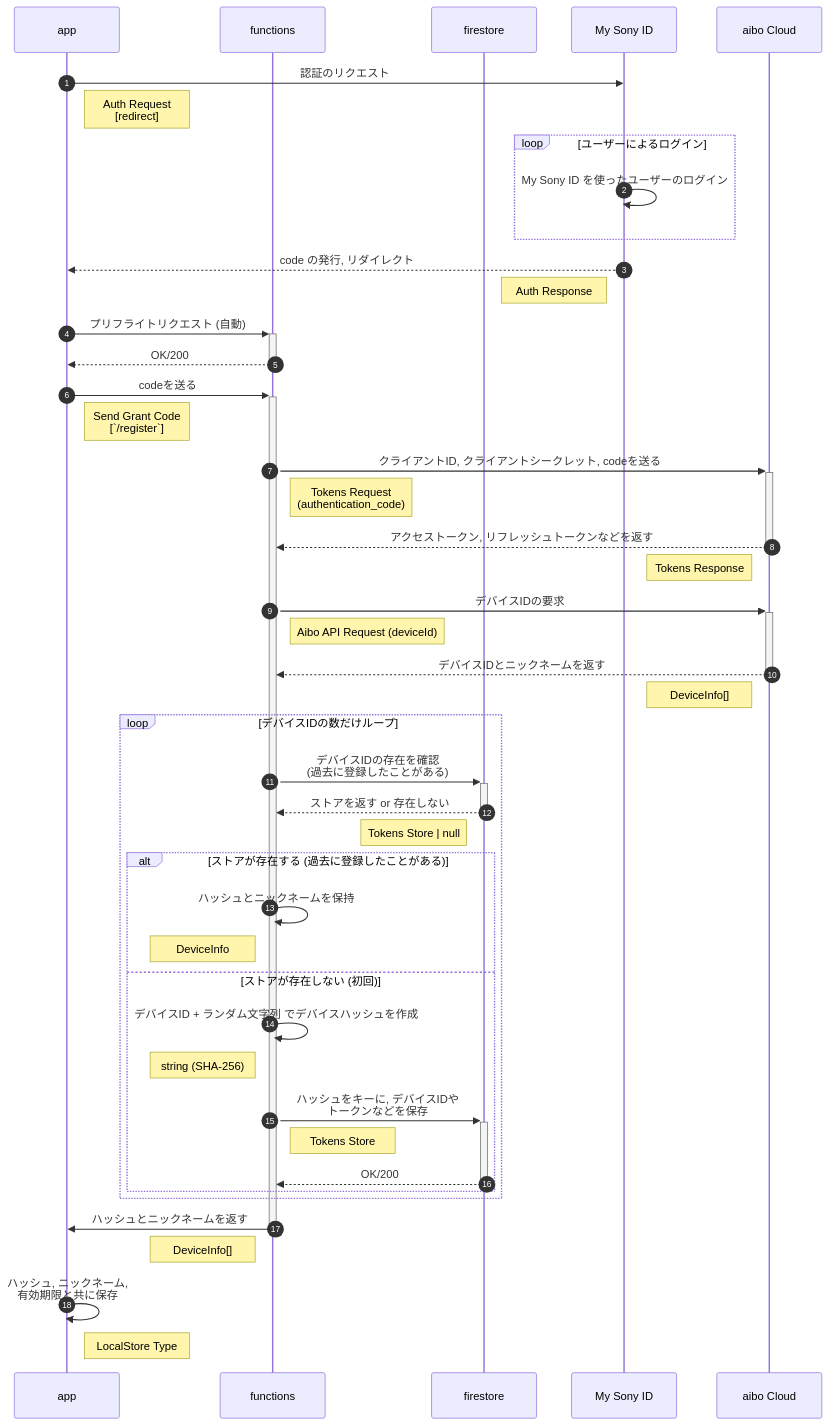
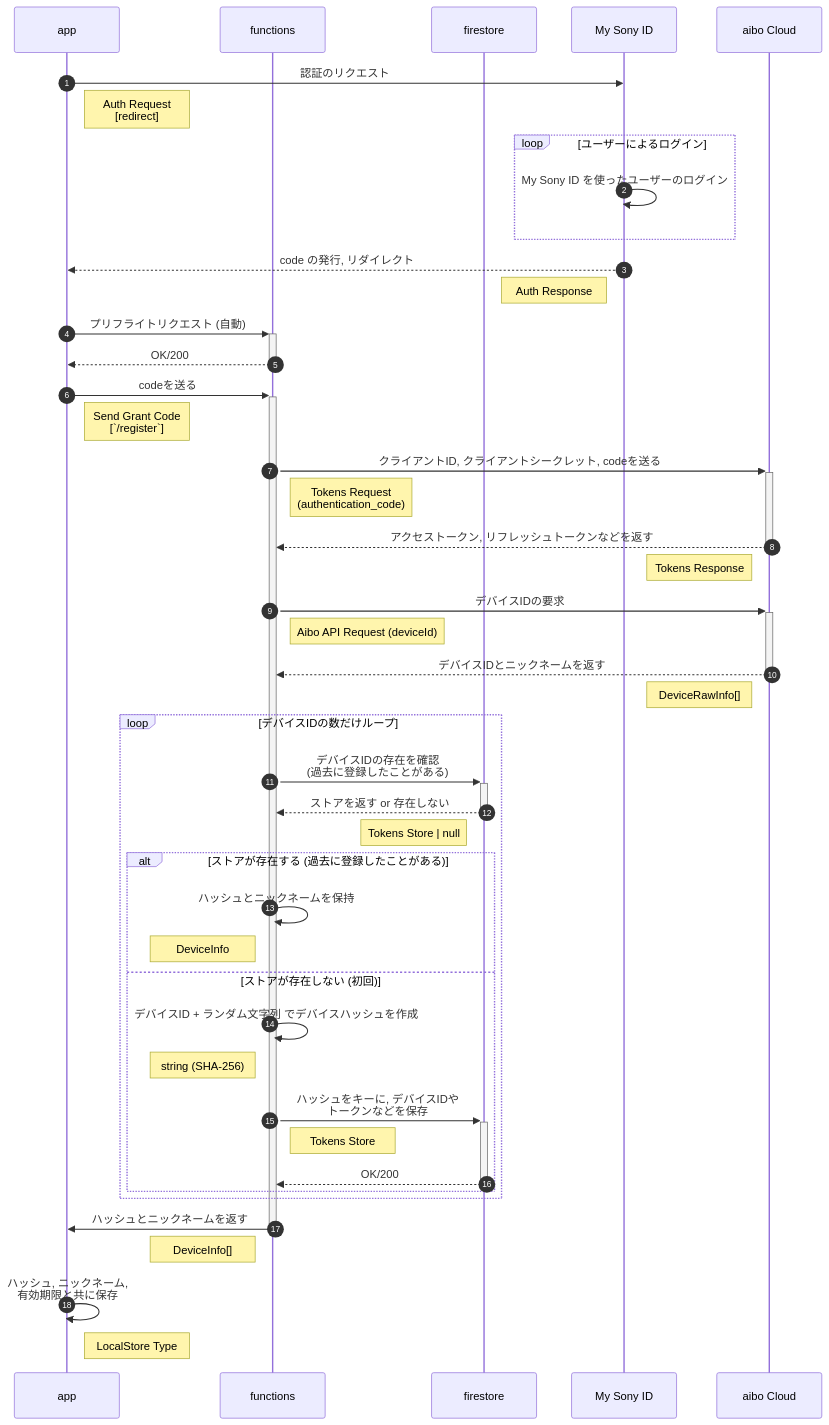
Before and after one commit to misc-org/aibo-de-quiz: the first of 4 diagrams in README.md, drawn with Mermaid. The commit also changed 26 other files, not shown here.

````diff
--- a/README.md
+++ b/README.md
@@ -23,62 +23,62 @@
 ```mermaid
 sequenceDiagram
   autonumber
 	participant app
 	participant functions
 	participant firestore
 	participant My Sony ID
   participant aibo Cloud
 
 	app ->> My Sony ID: 認証のリクエスト
   Note right of app: Auth Request <br /> [redirect]
 
   loop ユーザーによるログイン
     My Sony ID ->> My Sony ID: My Sony ID を使ったユーザーのログイン
   end
 
   My Sony ID -->> app: code の発行, リダイレクト
   Note left of My Sony ID: Auth Response
 
   app ->>+ functions: プリフライトリクエスト (自動)
   functions -->>- app: OK/200
 
   app ->>+ functions: codeを送る
   Note right of app: Send Grant Code <br /> [`/register`]
 
   functions ->>+ aibo Cloud: クライアントID, クライアントシークレット, codeを送る
   Note right of functions: Tokens Request <br /> (authentication_code)
 
   aibo Cloud -->>- functions: アクセストークン, リフレッシュトークンなどを返す
   Note left of aibo Cloud: Tokens Response
 
   functions ->>+ aibo Cloud: デバイスIDの要求
   Note right of functions: Aibo API Request (deviceId)
 
   aibo Cloud -->>- functions: デバイスIDとニックネームを返す
-  Note left of aibo Cloud: DeviceInfo[]
+  Note left of aibo Cloud: DeviceRawInfo[]
 
   loop デバイスIDの数だけループ
 
   functions ->>+ firestore: デバイスIDの存在を確認 <br /> (過去に登録したことがある)
   firestore -->>- functions: ストアを返す or 存在しない
   Note left of firestore: Tokens Store | null
 
   alt ストアが存在する (過去に登録したことがある)
     functions ->> functions: ハッシュとニックネームを保持
     Note left of functions: DeviceInfo
 
   else ストアが存在しない (初回)
     functions ->> functions: デバイスID + ランダム文字列 でデバイスハッシュを作成
     Note left of functions: string (SHA-256)
 
     functions ->>+ firestore: ハッシュをキーに, デバイスIDや<br />トークンなどを保存
     Note right of functions: Tokens Store
     firestore -->>- functions: OK/200
    end
   end
   functions ->>- app: ハッシュとニックネームを返す
   Note left of functions: DeviceInfo[]
 
   app ->> app: ハッシュ, ニックネーム,<br />有効期限と共に保存
   Note right of app: LocalStore Type
 ```
````
